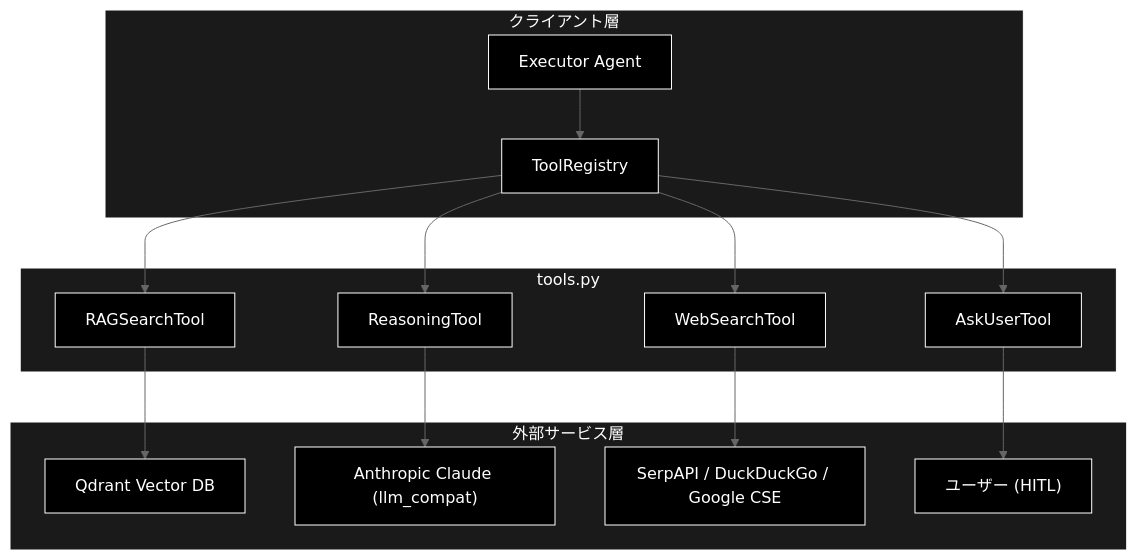
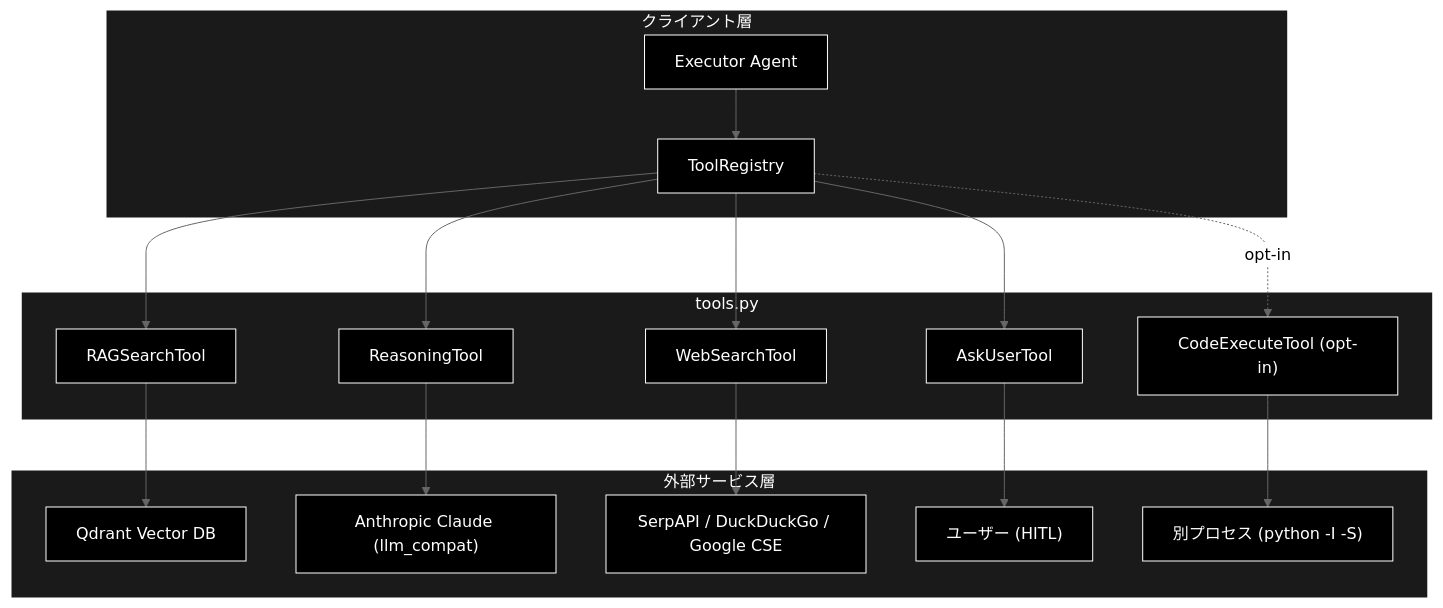
The first of 3 diagrams in grace/docs/tools.md (nakashima2toshio/grace_v2), drawn with Mermaid (neutral theme) before and after one commit. The commit also changed other lines of this file, not shown here.

First line of the commit message:
docs: tools.md に未記載シンボル 10 件を追加（CodeExecuteTool ほか）

````diff
--- a/grace/docs/tools.md
+++ b/grace/docs/tools.md
@@ -94,37 +98,41 @@
 ```mermaid
 flowchart TB
     subgraph CLIENT["クライアント層"]
         EXECUTOR["Executor Agent"]
         REGISTRY["ToolRegistry"]
     end
 
     subgraph MODULE["tools.py"]
         RAG["RAGSearchTool"]
         WEB["WebSearchTool"]
         REASON["ReasoningTool"]
         ASK["AskUserTool"]
+        CODE["CodeExecuteTool (opt-in)"]
     end
 
     subgraph EXTERNAL["外部サービス層"]
         QDRANT["Qdrant Vector DB"]
         CLAUDE["Anthropic Claude (llm_compat)"]
         SEARCHAPI["SerpAPI / DuckDuckGo / Google CSE"]
         USER["ユーザー (HITL)"]
+        SUBPROC["別プロセス (python -I -S)"]
     end
 
     EXECUTOR --> REGISTRY
     REGISTRY --> RAG
     REGISTRY --> WEB
     REGISTRY --> REASON
     REGISTRY --> ASK
+    REGISTRY -.opt-in.-> CODE
+    CODE --> SUBPROC
     RAG --> QDRANT
     WEB --> SEARCHAPI
     REASON --> CLAUDE
     ASK --> USER
 classDef default fill:#000,stroke:#fff,color:#fff
 classDef subgraphStyle fill:#1a1a1a,stroke:#fff,color:#fff
-class EXECUTOR,REGISTRY,RAG,WEB,REASON,ASK,QDRANT,CLAUDE,SEARCHAPI,USER default
+class EXECUTOR,REGISTRY,RAG,WEB,REASON,ASK,CODE,QDRANT,CLAUDE,SEARCHAPI,USER,SUBPROC default
 style CLIENT fill:#1a1a1a,stroke:#fff,color:#fff
 style MODULE fill:#1a1a1a,stroke:#fff,color:#fff
 style EXTERNAL fill:#1a1a1a,stroke:#fff,color:#fff
 ```
````
